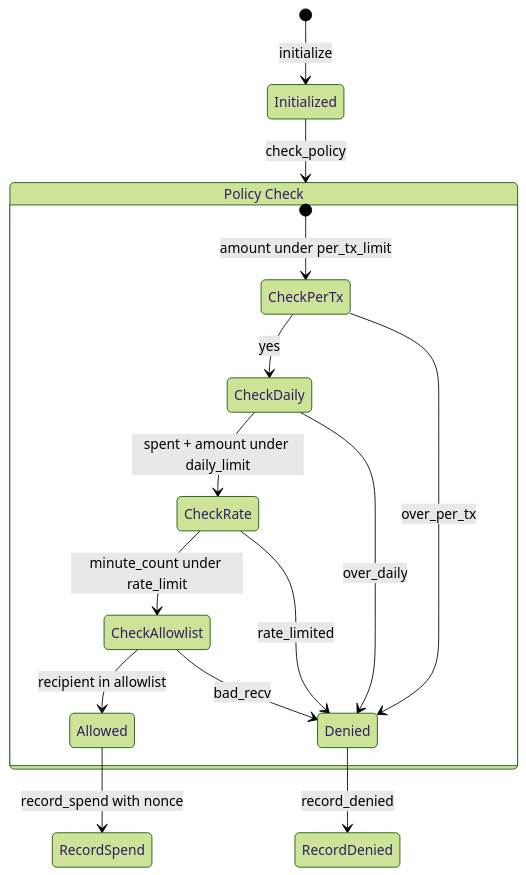
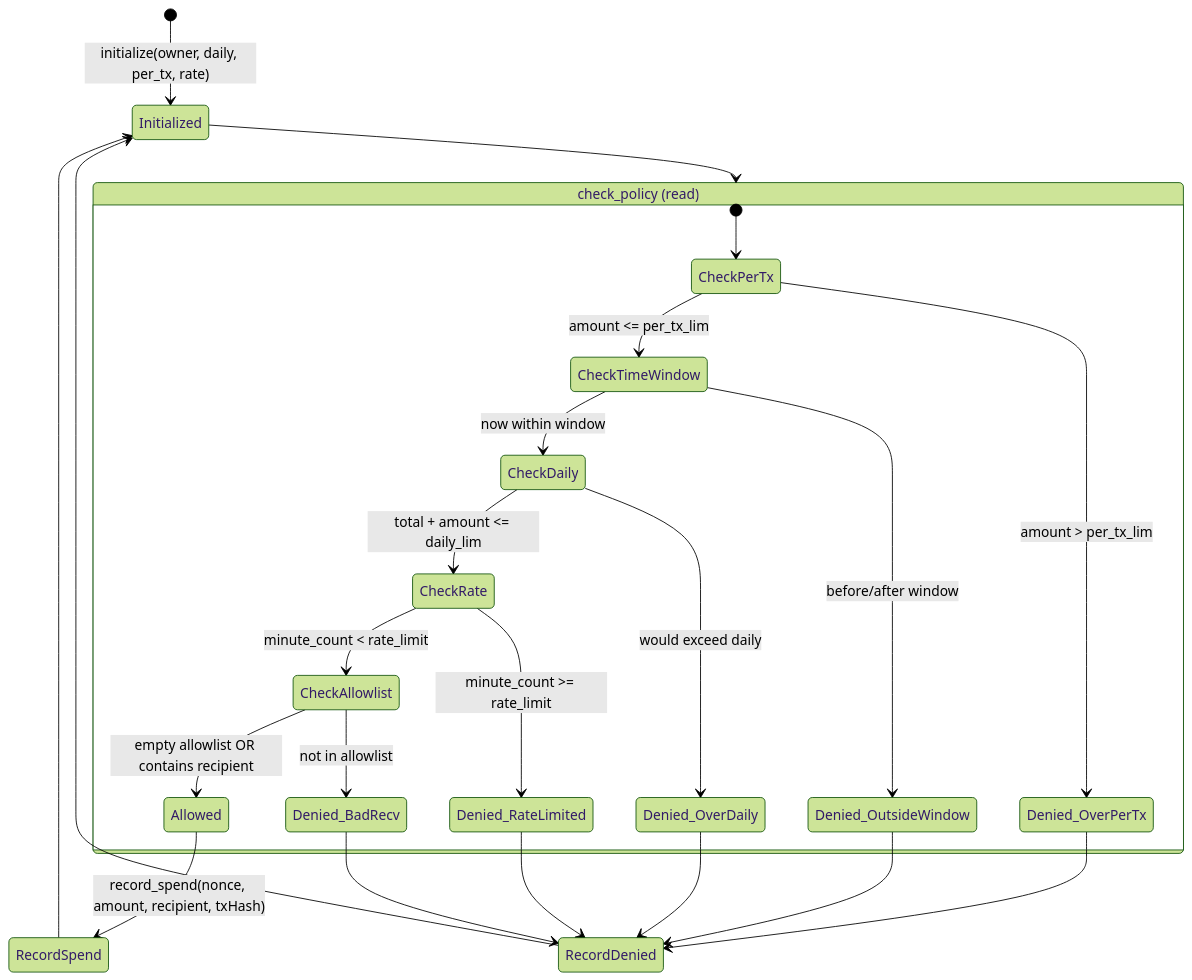
The seventh of 8 diagrams in ARCHITECTURE.md (Andy00L/x402-autopilot), drawn with Mermaid (forest theme) before and after one commit. The commit also changed other lines of this file and 90 other files, not shown here.

````diff
--- a/ARCHITECTURE.md
+++ b/ARCHITECTURE.md
@@ -250,20 +287,28 @@
 ```mermaid
 stateDiagram-v2
-    [*] --> Initialized: initialize
+    [*] --> Initialized: initialize(owner, daily, per_tx, rate)
 
-    state "Policy Check" as PC {
-        [*] --> CheckPerTx: amount under per_tx_limit
-        CheckPerTx --> CheckDaily: yes
-        CheckPerTx --> Denied: over_per_tx
-        CheckDaily --> CheckRate: spent + amount under daily_limit
-        CheckDaily --> Denied: over_daily
-        CheckRate --> CheckAllowlist: minute_count under rate_limit
-        CheckRate --> Denied: rate_limited
-        CheckAllowlist --> Allowed: recipient in allowlist
-        CheckAllowlist --> Denied: bad_recv
+    state "check_policy (read)" as PC {
+        [*] --> CheckPerTx
+        CheckPerTx --> CheckTimeWindow: amount <= per_tx_lim
+        CheckPerTx --> Denied_OverPerTx: amount > per_tx_lim
+        CheckTimeWindow --> CheckDaily: now within window
+        CheckTimeWindow --> Denied_OutsideWindow: before/after window
+        CheckDaily --> CheckRate: total + amount <= daily_lim
+        CheckDaily --> Denied_OverDaily: would exceed daily
+        CheckRate --> CheckAllowlist: minute_count < rate_limit
+        CheckRate --> Denied_RateLimited: minute_count >= rate_limit
+        CheckAllowlist --> Allowed: empty allowlist OR contains recipient
+        CheckAllowlist --> Denied_BadRecv: not in allowlist
     }
 
-    Initialized --> PC: check_policy
-    Allowed --> RecordSpend: record_spend with nonce
-    Denied --> RecordDenied: record_denied
+    Initialized --> PC
+    Allowed --> RecordSpend: record_spend(nonce, amount, recipient, txHash)
+    Denied_OverPerTx --> RecordDenied
+    Denied_OutsideWindow --> RecordDenied
+    Denied_OverDaily --> RecordDenied
+    Denied_RateLimited --> RecordDenied
+    Denied_BadRecv --> RecordDenied
+    RecordSpend --> Initialized
+    RecordDenied --> Initialized
 ```
````
